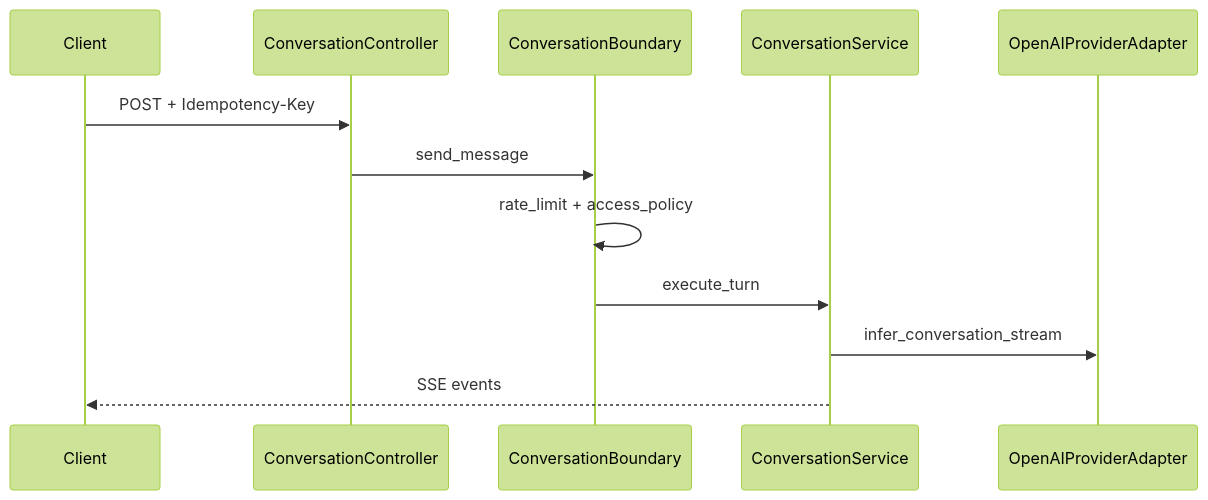
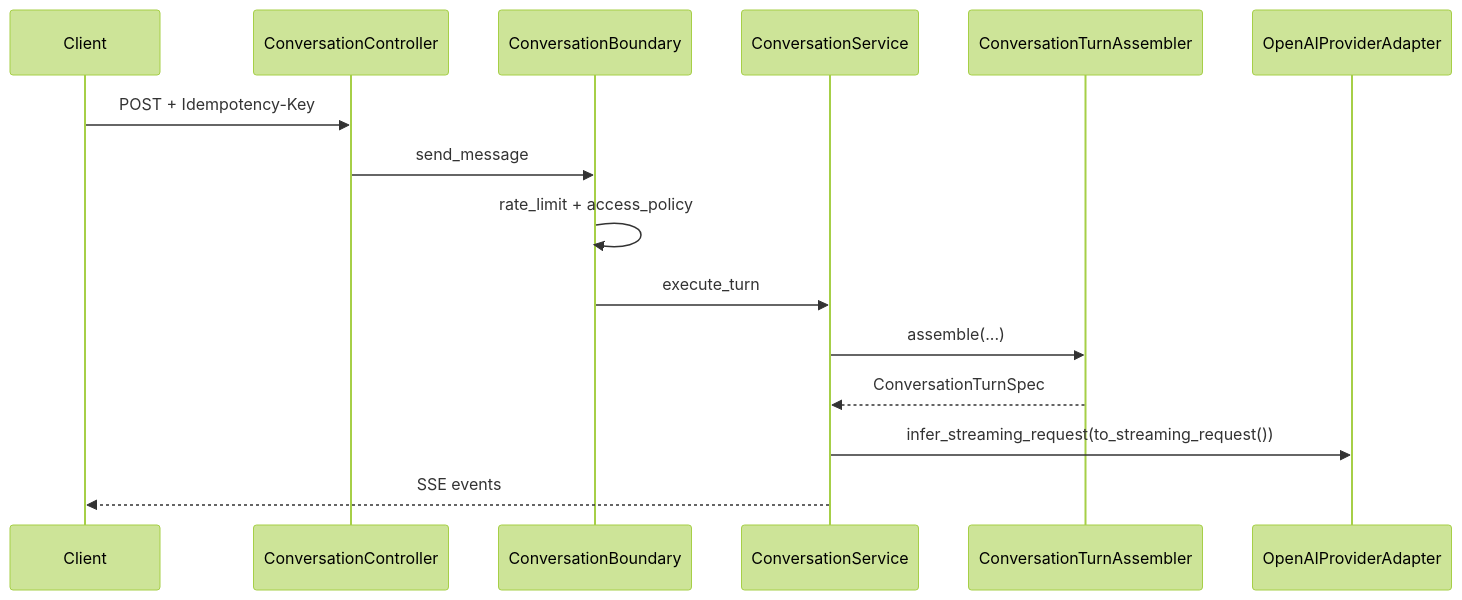
The diagram in docs/Conversation/sse-and-runtime.md (marcosvs98/agent-orchestration-core), drawn with Mermaid (forest theme) before and after one commit. The commit also changed other lines of this file and 435 other files, not shown here.

````diff
--- a/docs/Conversation/sse-and-runtime.md
+++ b/docs/Conversation/sse-and-runtime.md
@@ -55,14 +66,17 @@
 ```mermaid
 sequenceDiagram
   participant Client
   participant CC as ConversationController
   participant CB as ConversationBoundary
   participant CS as ConversationService
+  participant TA as ConversationTurnAssembler
   participant OAI as OpenAIProviderAdapter
   Client->>CC: POST + Idempotency-Key
   CC->>CB: send_message
   CB->>CB: rate_limit + access_policy
   CB->>CS: execute_turn
-  CS->>OAI: infer_conversation_stream
+  CS->>TA: assemble(...)
+  TA-->>CS: ConversationTurnSpec
+  CS->>OAI: infer_streaming_request(to_streaming_request())
   CS-->>Client: SSE events
 ```
````
